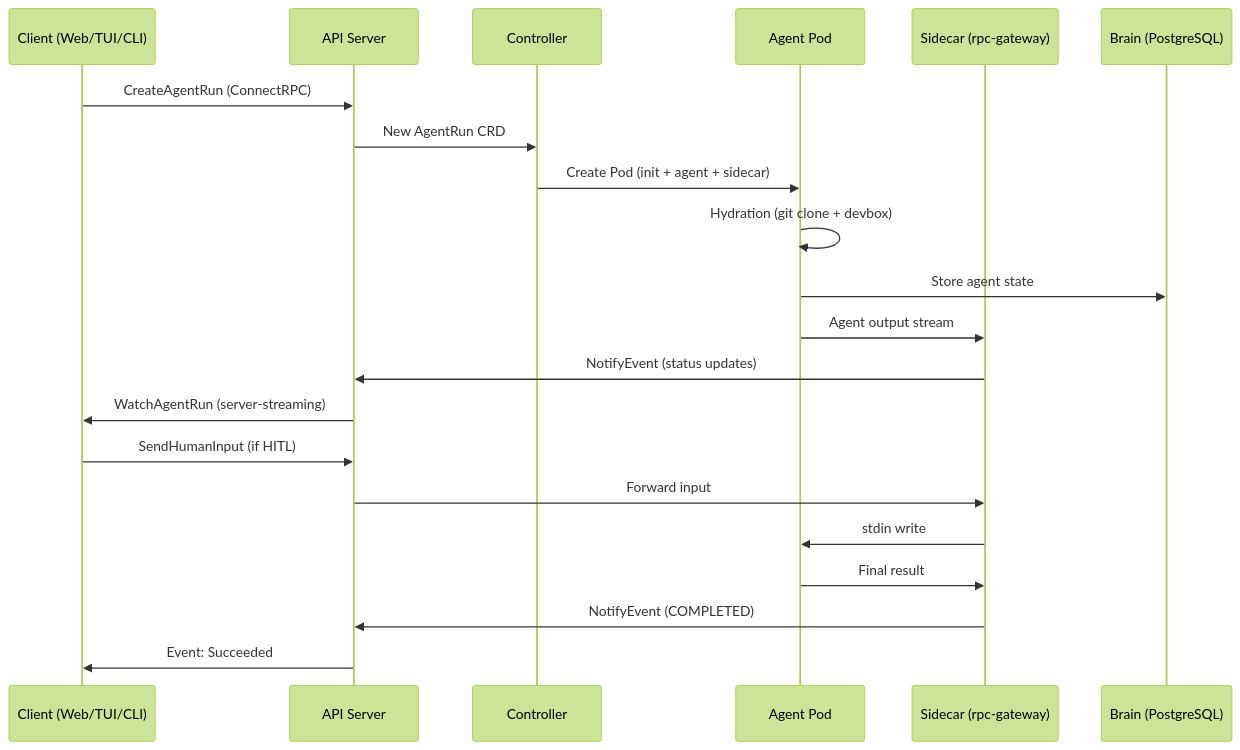
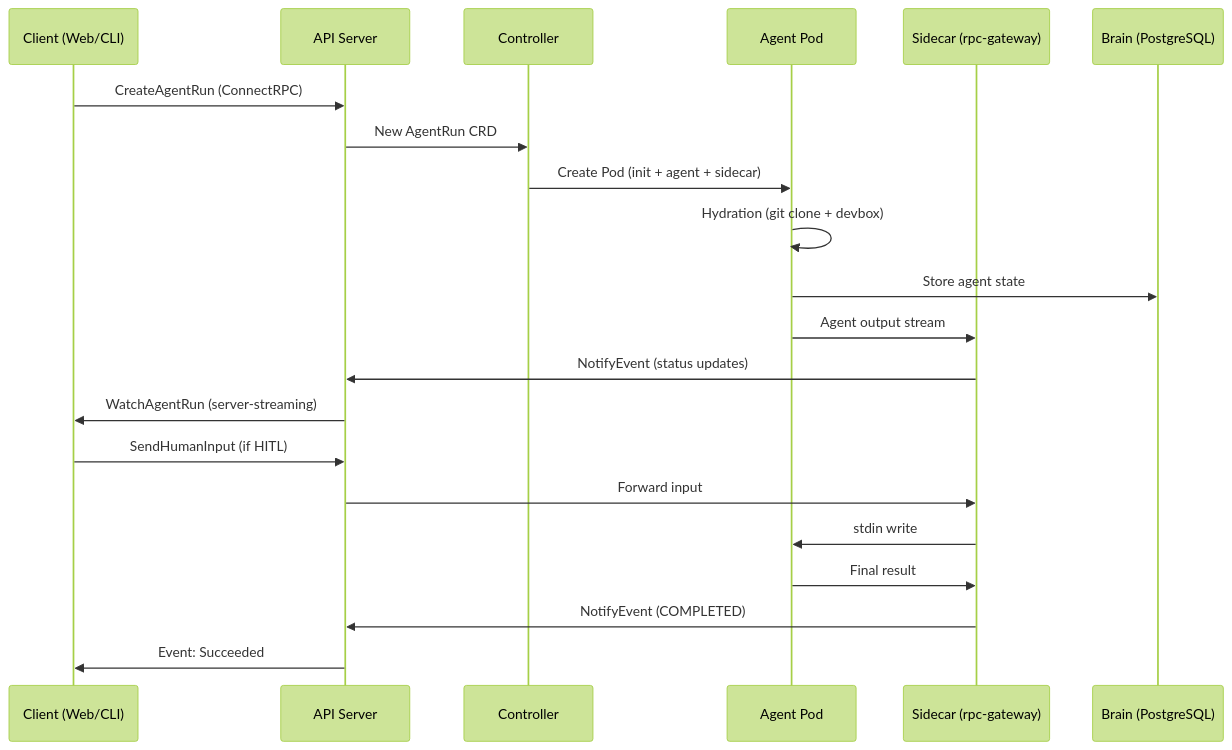
One commit to ross-corp/uncworks changed the first of 4 diagrams in docs/user-guide.md. Above: the diagram before and after it, drawn with Mermaid (forest theme). The commit also changed other lines of this file and 59 other files, not shown here.

````diff
--- a/docs/user-guide.md
+++ b/docs/user-guide.md
@@ -85,24 +85,24 @@
 ```mermaid
 sequenceDiagram
-    participant Client as Client (Web/TUI/CLI)
+    participant Client as Client (Web/CLI)
     participant API as API Server
     participant Ctrl as Controller
     participant Pod as Agent Pod
     participant SC as Sidecar (rpc-gateway)
     participant Brain as Brain (PostgreSQL)
 
     Client->>API: CreateAgentRun (ConnectRPC)
     API->>Ctrl: New AgentRun CRD
     Ctrl->>Pod: Create Pod (init + agent + sidecar)
     Pod->>Pod: Hydration (git clone + devbox)
     Pod->>Brain: Store agent state
     Pod->>SC: Agent output stream
     SC->>API: NotifyEvent (status updates)
     API->>Client: WatchAgentRun (server-streaming)
     Client->>API: SendHumanInput (if HITL)
     API->>SC: Forward input
     SC->>Pod: stdin write
     Pod->>SC: Final result
     SC->>API: NotifyEvent (COMPLETED)
     API->>Client: Event: Succeeded
 ```
````
